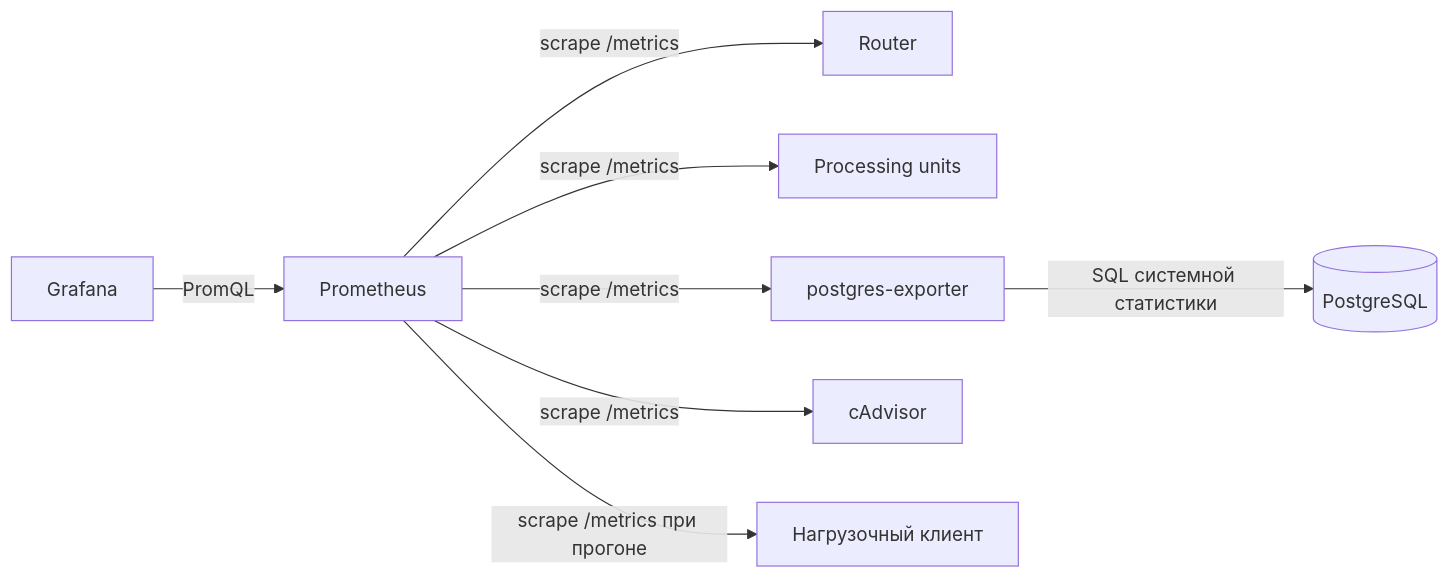
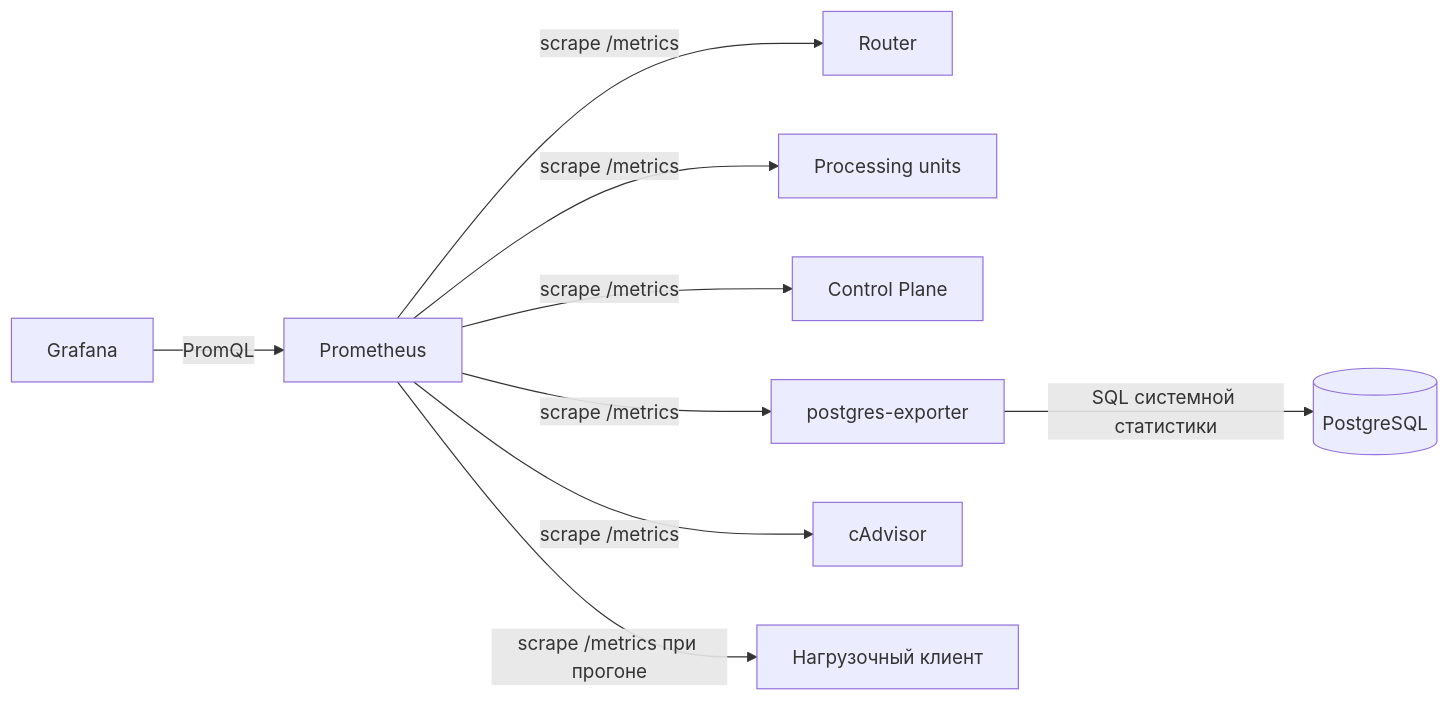
The third of 3 diagrams in docs/architecture.md (artrsyf/adaptive-autoscale-storage), drawn with Mermaid before and after one commit. The commit also changed other lines of this file and 83 other files, not shown here.

Commit message:
feat: Epic 3 — Assignment fencing and Scala control plane

````diff
--- a/docs/architecture.md
+++ b/docs/architecture.md
@@ -309,10 +327,11 @@
 ```mermaid
 flowchart LR
     PR[Prometheus] -->|"scrape /metrics"| R[Router]
     PR -->|"scrape /metrics"| P[Processing units]
+    PR -->|"scrape /metrics"| CP[Control Plane]
     PR -->|"scrape /metrics"| EX[postgres-exporter]
     EX -->|"SQL системной статистики"| DB[(PostgreSQL)]
     PR -->|"scrape /metrics"| CA[cAdvisor]
     PR -->|"scrape /metrics при прогоне"| L[Нагрузочный клиент]
     G[Grafana] -->|"PromQL"| PR
 ```
````
